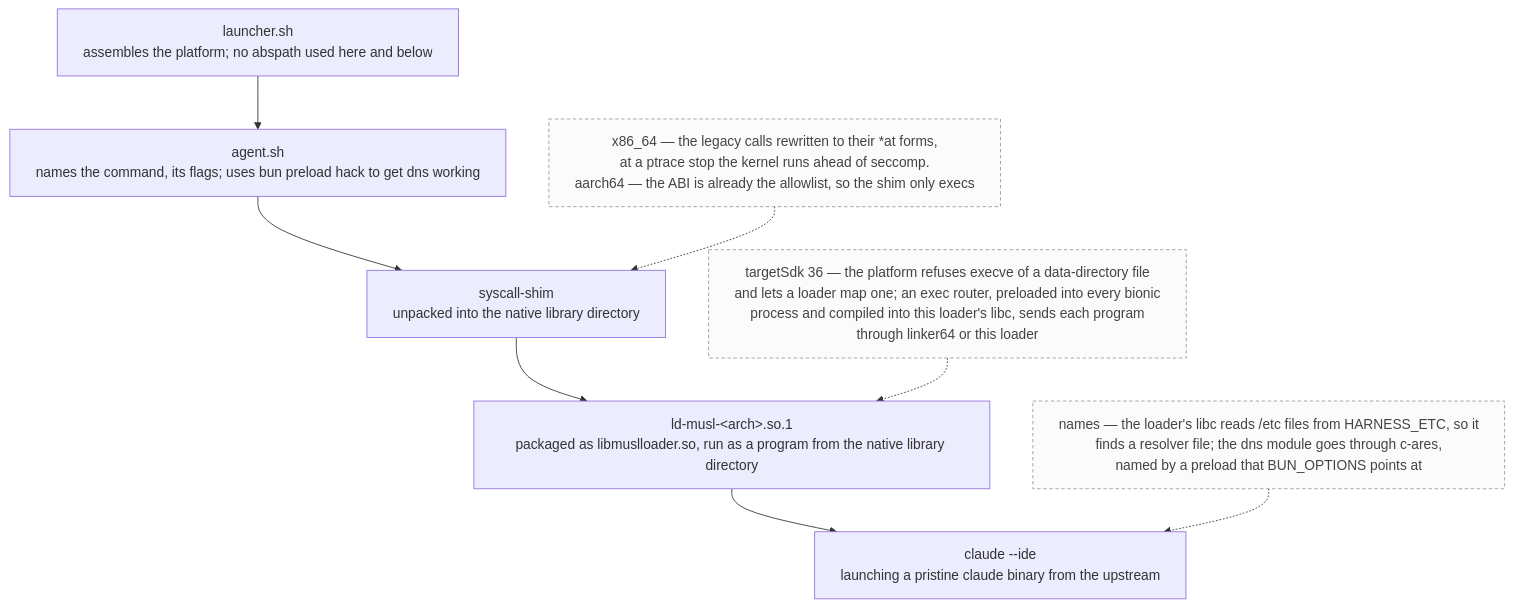
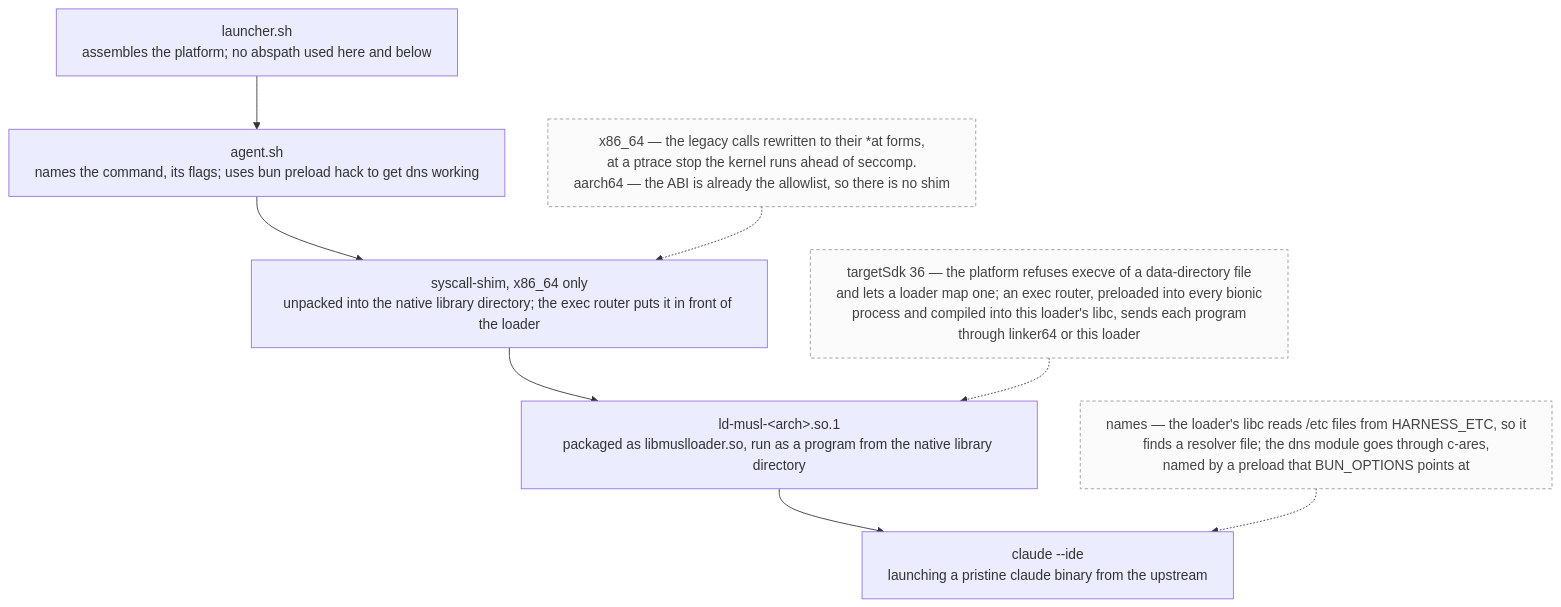
The diagram in README.md (nev3rfail/harness.apk), drawn with Mermaid before and after one commit. The commit also changed other lines of this file and 4 other files, not shown here.

Commit message:
Say which scripts the app rewrites, and rebuild the loader when the router changes

````diff
--- a/README.md
+++ b/README.md
@@ -25,22 +25,22 @@
 ```mermaid
 %%{init: {'flowchart': {'wrappingWidth': 540}}}%%
 flowchart TB
   l["launcher.sh<br/>assembles the platform; no abspath used here and below"]
   a["agent.sh<br/>names the command, its flags; uses bun preload hack to get dns working"]
-  s["syscall-shim<br/>unpacked into the native library directory"]
+  s["syscall-shim, x86_64 only<br/>unpacked into the native library directory; the exec router puts it in front of the loader"]
   ld["ld-musl-&lt;arch&gt;.so.1<br/>packaged as libmuslloader.so, run as a program from the native library directory"]
   c["claude --ide<br/>launching a pristine claude binary from the upstream"]
 
   l --> a --> s --> ld --> c
 
   sdk["targetSdk 36 — the platform refuses execve of a data-directory file<br/>and lets a loader map one; an exec router, preloaded into every bionic<br/>process and compiled into this loader's libc, sends each program<br/>through linker64 or this loader"]
-  abi["x86_64 — the legacy calls rewritten to their *at forms,<br/>at a ptrace stop the kernel runs ahead of seccomp.<br/>aarch64 — the ABI is already the allowlist, so the shim only execs"]
+  abi["x86_64 — the legacy calls rewritten to their *at forms,<br/>at a ptrace stop the kernel runs ahead of seccomp.<br/>aarch64 — the ABI is already the allowlist, so there is no shim"]
   dns["names — the loader's libc reads /etc files from HARNESS_ETC, so it<br/>finds a resolver file; the dns module goes through c-ares,<br/>named by a preload that BUN_OPTIONS points at"]
 
   abi -.-> s
   sdk -.-> ld
   dns -.-> c
 
   classDef note fill:#fbfbfb,stroke:#999,stroke-dasharray:4 3,color:#444
   class sdk,abi,dns note
 ```
````
